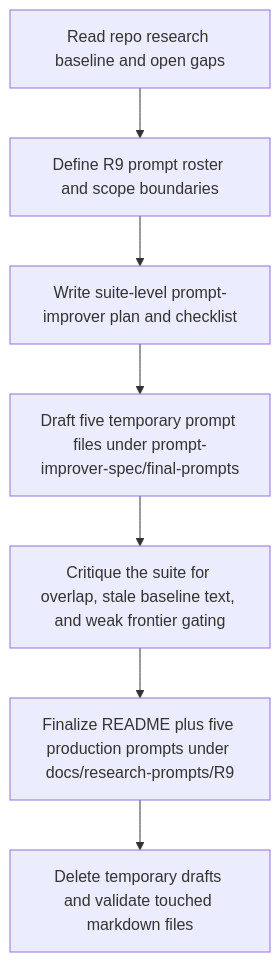
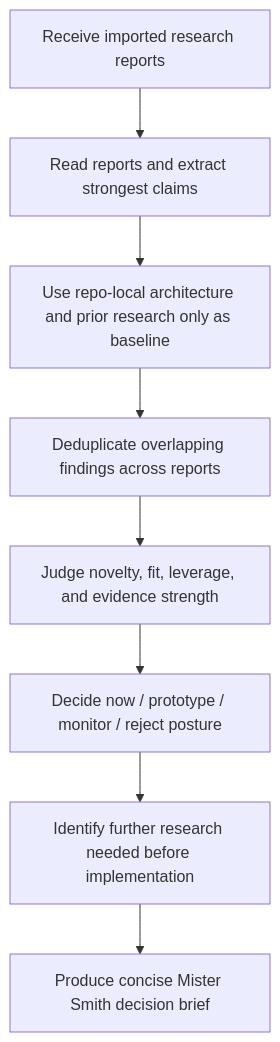
The diagram in docs/prompt-improver-spec/implementation_plan.md (MattMagg/MisterSmith), drawn with Mermaid before and after one commit. The commit also changed other lines of this file and 4 other files, not shown here.

Commit message:
docs: update implementation plan and task checklist for post-research analysis prompt

````diff
--- a/docs/prompt-improver-spec/implementation_plan.md
+++ b/docs/prompt-improver-spec/implementation_plan.md
@@ -109,9 +95,10 @@
 ```mermaid
 graph TD
-    A["Read repo research baseline and open gaps"] --> B["Define R9 prompt roster and scope boundaries"]
-    B --> C["Write suite-level prompt-improver plan and checklist"]
-    C --> D["Draft five temporary prompt files under prompt-improver-spec/final-prompts"]
-    D --> E["Critique the suite for overlap, stale baseline text, and weak frontier gating"]
-    E --> F["Finalize README plus five production prompts under docs/research-prompts/R9"]
-    F --> G["Delete temporary drafts and validate touched markdown files"]
+    A["Receive imported research reports"] --> B["Read reports and extract strongest claims"]
+    B --> C["Use repo-local architecture and prior research only as baseline"]
+    C --> D["Deduplicate overlapping findings across reports"]
+    D --> E["Judge novelty, fit, leverage, and evidence strength"]
+    E --> F["Decide now / prototype / monitor / reject posture"]
+    F --> G["Identify further research needed before implementation"]
+    G --> H["Produce concise Mister Smith decision brief"]
 ```
````
